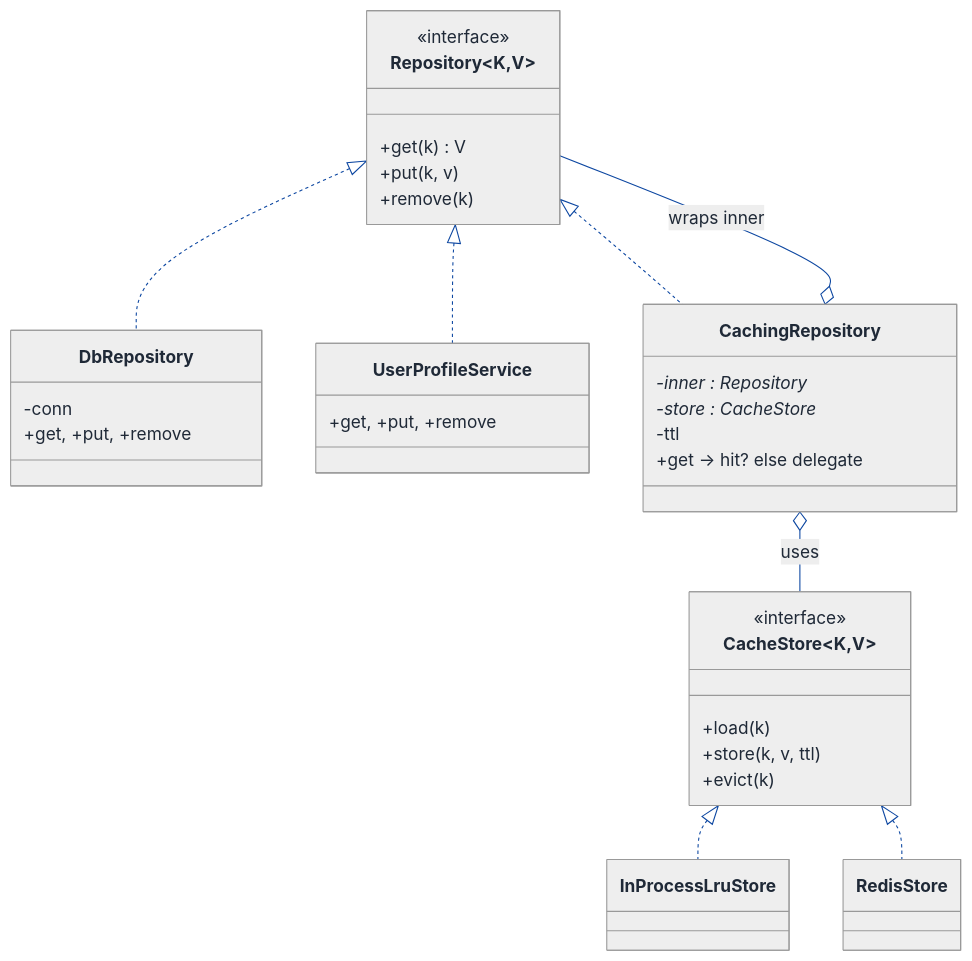
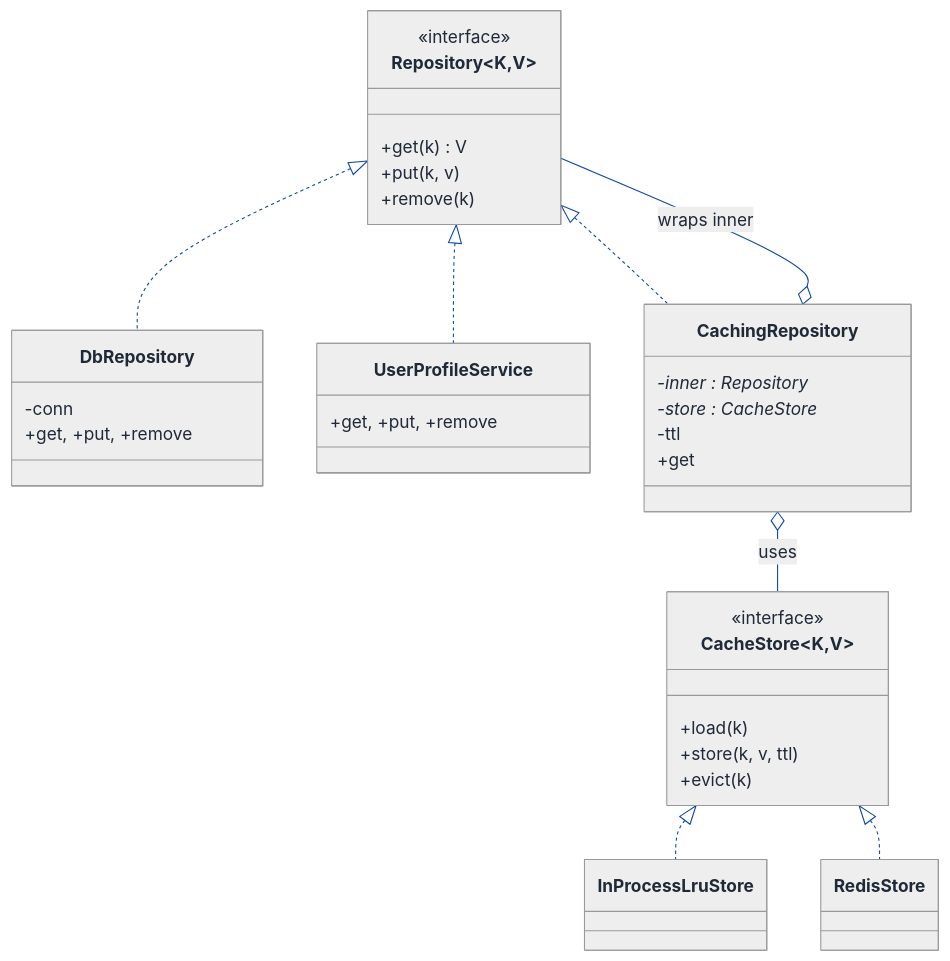
The second of 8 diagrams in LLD/Topics/Decorator_Pattern/Caching_Decorator.md (Prateek-5/question-bank), drawn with Mermaid before and after one commit. The commit also changed other lines of this file and 61 other files, not shown here.

First line of the commit message:
Fix invalid mermaid classDiagram member syntax across LLD walkthroughs

````diff
--- a/LLD/Topics/Decorator_Pattern/Caching_Decorator.md
+++ b/LLD/Topics/Decorator_Pattern/Caching_Decorator.md
@@ -384,70 +384,70 @@
 ```mermaid
 ---
 config:
   theme: neutral
   themeVariables:
     background: '#ffffff'
     primaryColor: '#cfe2ff'
     primaryTextColor: '#1f2937'
     primaryBorderColor: '#084298'
     secondaryColor: '#fff3cd'
     secondaryTextColor: '#1f2937'
     secondaryBorderColor: '#664d03'
     tertiaryColor: '#d1e7dd'
     tertiaryTextColor: '#1f2937'
     tertiaryBorderColor: '#0a3622'
     lineColor: '#0d47a1'
     textColor: '#1f2937'
     noteBkgColor: '#fff3cd'
     noteTextColor: '#1f2937'
     noteBorderColor: '#997404'
     actorBkg: '#cfe2ff'
     actorBorder: '#084298'
     actorTextColor: '#1f2937'
     signalColor: '#0d47a1'
     signalTextColor: '#1f2937'
     labelBoxBkgColor: '#ffffff'
     labelBoxBorderColor: '#d3d3d3'
     labelTextColor: '#1f2937'
     edgeLabelBackground: '#ffffff'
     labelBackground: '#ffffff'
     classText: '#1f2937'
     fontFamily: 'system-ui, -apple-system, Segoe UI, Helvetica, Arial, sans-serif'
 ---
 classDiagram
   direction TB
   class Repository~K,V~ {
     <<interface>>
     +get(k) V
     +put(k, v)
     +remove(k)
   }
   class DbRepository {
     -conn
     +get, +put, +remove
   }
   class UserProfileService {
     +get, +put, +remove
   }
   class CachingRepository {
     -inner : Repository*
     -store : CacheStore*
     -ttl
-    +get → hit? else delegate
+    +get
   }
   class CacheStore~K,V~ {
     <<interface>>
     +load(k)
     +store(k, v, ttl)
     +evict(k)
   }
   class InProcessLruStore
   class RedisStore
   Repository <|.. DbRepository
   Repository <|.. UserProfileService
   Repository <|.. CachingRepository
   CachingRepository o-- Repository : wraps inner
   CachingRepository o-- CacheStore : uses
   CacheStore <|.. InProcessLruStore
   CacheStore <|.. RedisStore
 ```
````
